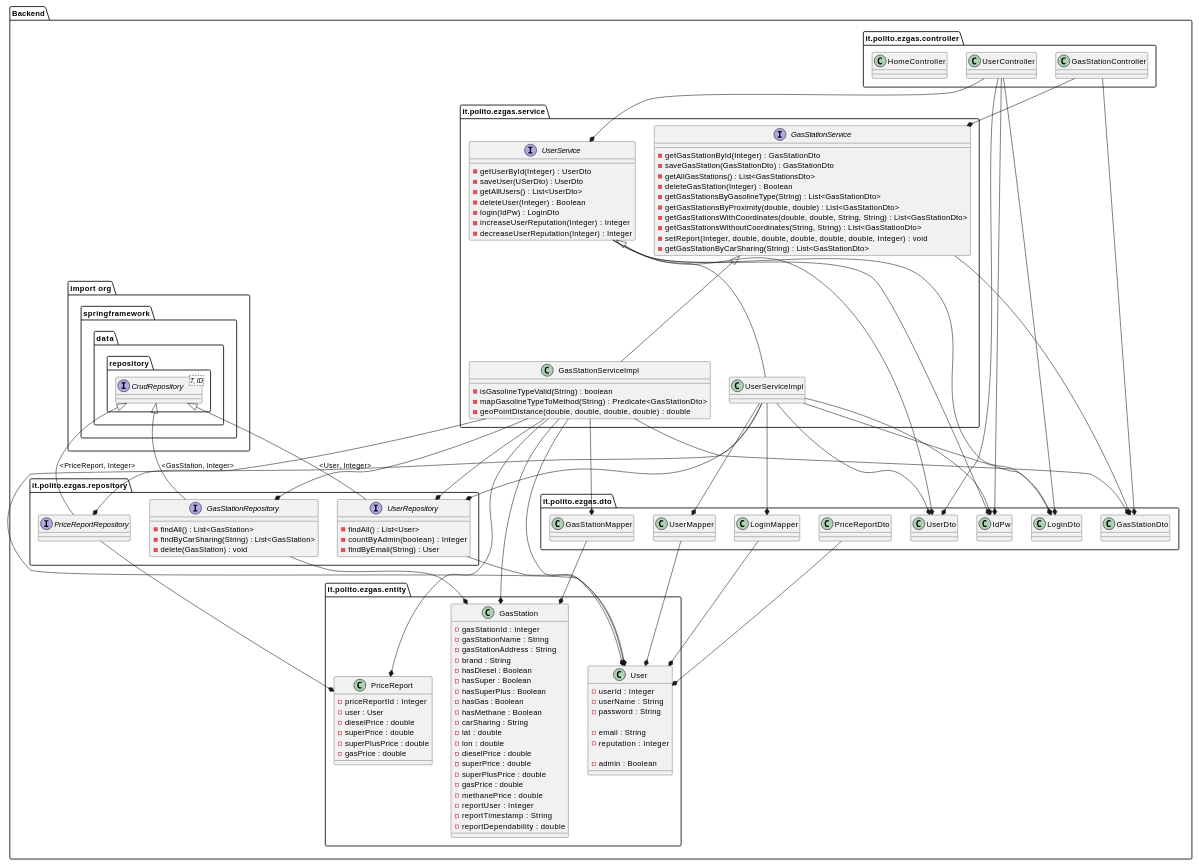
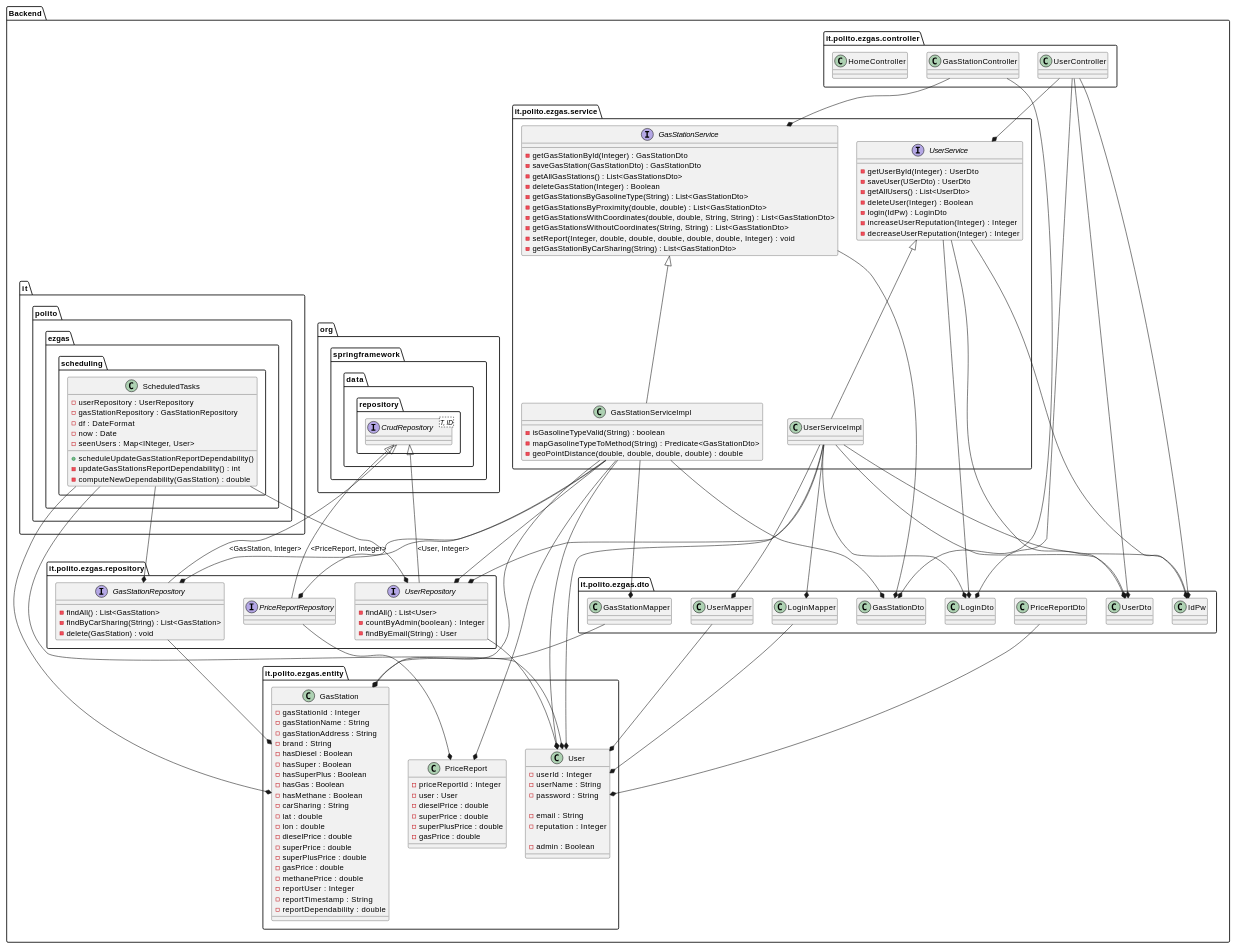
The fourth of 15 diagrams in docs/DesignDocument.md (polito-se2-2020-team6/ezgas), drawn with PlantUML before and after one commit. The commit also changed other lines of this file, not shown here.

Commit message:
docs: add scheduling package in low level design

```diff
--- a/docs/DesignDocument.md
+++ b/docs/DesignDocument.md
@@ -328,8 +328,21 @@
 
 }
 
-package "import org.springframework.data.repository" {
+package "org.springframework.data.repository" {
 	interface "CrudRepository <T, ID>" as crud 
+}
+
+package "it.polito.ezgas.scheduling" {
+    class "ScheduledTasks" as st {
+        - userRepository : UserRepository
+        - gasStationRepository : GasStationRepository
+        - df : DateFormat
+        - now : Date
+        - seenUsers : Map<INteger, User>
+        + scheduleUpdateGasStationReportDependability()
+        - updateGasStationsReportDependability() : int
+        - computeNewDependability(GasStation) : double
+    }
 }
 
 urep -up-|> crud : "<User, Integer>"
@@ -369,6 +382,10 @@
 prrep --* pr
 urep --* u
 
+st --* urep
+st --* gsrep
+st --* gs
+st --* u
 }
 
 @enduml
```
